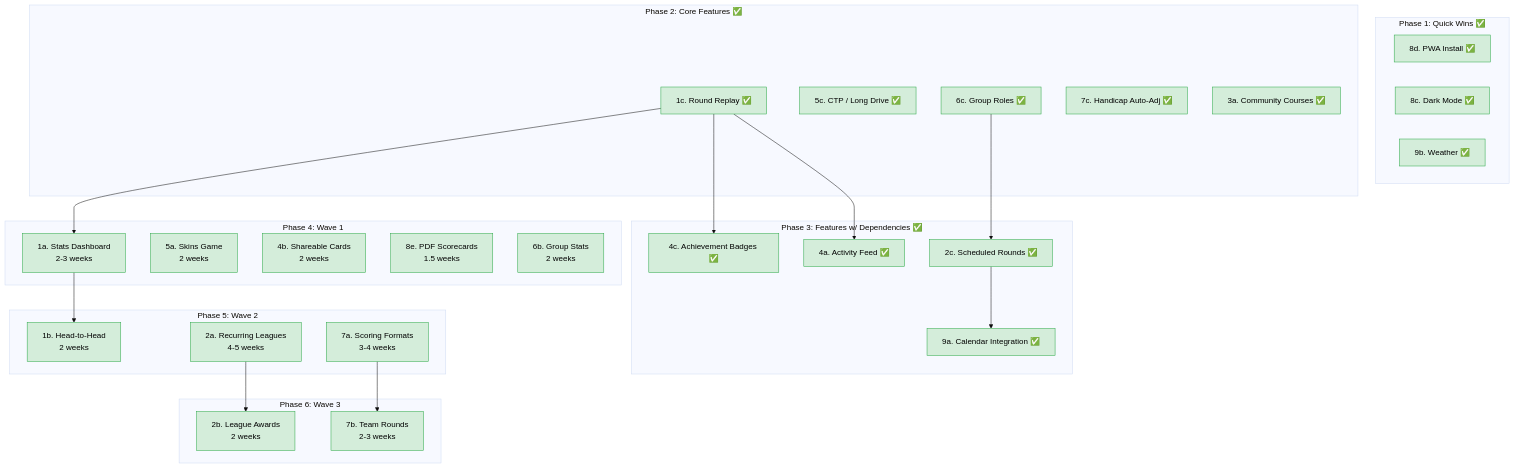
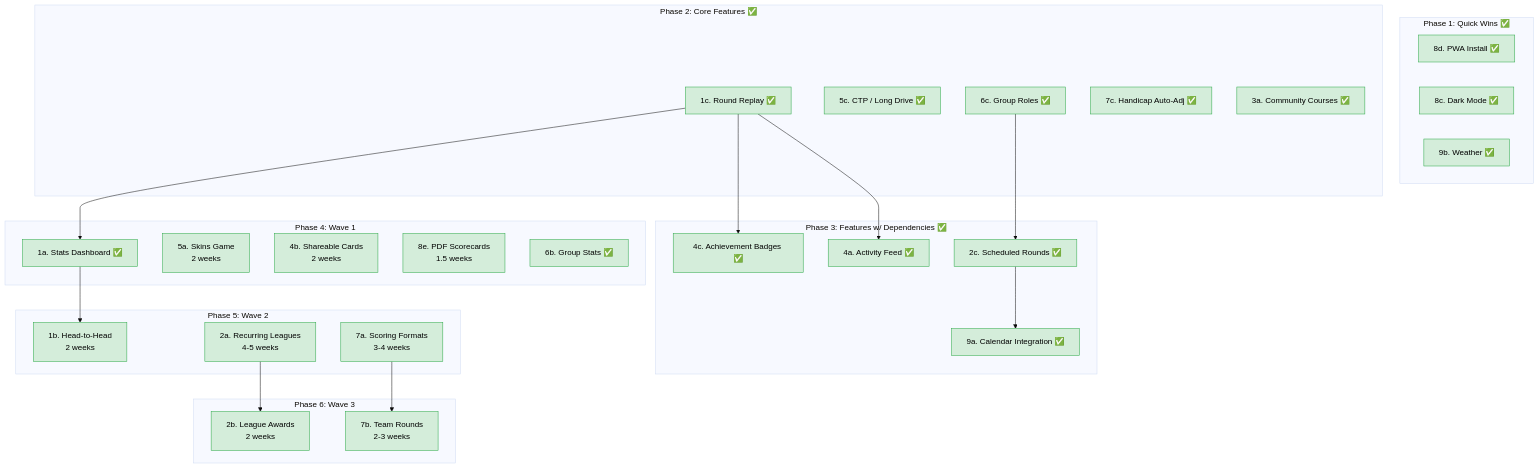
One commit to Lachy-Dauth/dad-golf changed the first of 2 diagrams in docs/roadmap.md. Above: the diagram before and after it, drawn with Mermaid (base theme). The commit also changed other lines of this file and 8 other files, not shown here.

First line of the commit message:
Add group stats dashboard with all-time leaderboard and records

````diff
--- a/docs/roadmap.md
+++ b/docs/roadmap.md
@@ -12,59 +12,59 @@
 ```mermaid
 flowchart TD
     subgraph phase1["Phase 1: Quick Wins ✅"]
         direction LR
         P1B["8d. PWA Install ✅"]
         P1C["8c. Dark Mode ✅"]
         P1D["9b. Weather ✅"]
     end
 
     subgraph phase2["Phase 2: Core Features ✅"]
         P2A["1c. Round Replay ✅"]
         P2B["5c. CTP / Long Drive ✅"]
         P2D["6c. Group Roles ✅"]
         P2E["7c. Handicap Auto-Adj ✅"]
         P2F["3a. Community Courses ✅"]
     end
 
     subgraph phase3["Phase 3: Features w/ Dependencies ✅"]
         P3B["2c. Scheduled Rounds ✅"]
         P3C["9a. Calendar Integration ✅"]
         P3D["4a. Activity Feed ✅"]
         P3E["4c. Achievement Badges ✅"]
     end
 
     subgraph phase4["Phase 4: Wave 1"]
-        P4A["1a. Stats Dashboard\n2-3 weeks"]
+        P4A["1a. Stats Dashboard ✅"]
         P4B["5a. Skins Game\n2 weeks"]
         P4C["4b. Shareable Cards\n2 weeks"]
         P4D["8e. PDF Scorecards\n1.5 weeks"]
-        P4E["6b. Group Stats\n2 weeks"]
+        P4E["6b. Group Stats ✅"]
     end
 
     subgraph phase5["Phase 5: Wave 2"]
         P5A["1b. Head-to-Head\n2 weeks"]
         P5B["2a. Recurring Leagues\n4-5 weeks"]
         P5C["7a. Scoring Formats\n3-4 weeks"]
     end
 
     subgraph phase6["Phase 6: Wave 3"]
         P6A["2b. League Awards\n2 weeks"]
         P6B["7b. Team Rounds\n2-3 weeks"]
     end
 
     %% Dependencies
     P2D --> P3B
     P3B --> P3C
     P2A --> P3D
     P2A --> P3E
 
     P2A --> P4A
     P4A --> P5A
     P5B --> P6A
     P5C --> P6B
 
     %% Styling
     classDef free fill:#d4edda,stroke:#28a745,color:#000
 
     class P1B,P1C,P1D,P2A,P2B,P2D,P2E,P2F,P3B,P3C,P3D,P3E,P4A,P4B,P4C,P4D,P4E,P5A,P5B,P5C,P6A,P6B free
 ```
````
